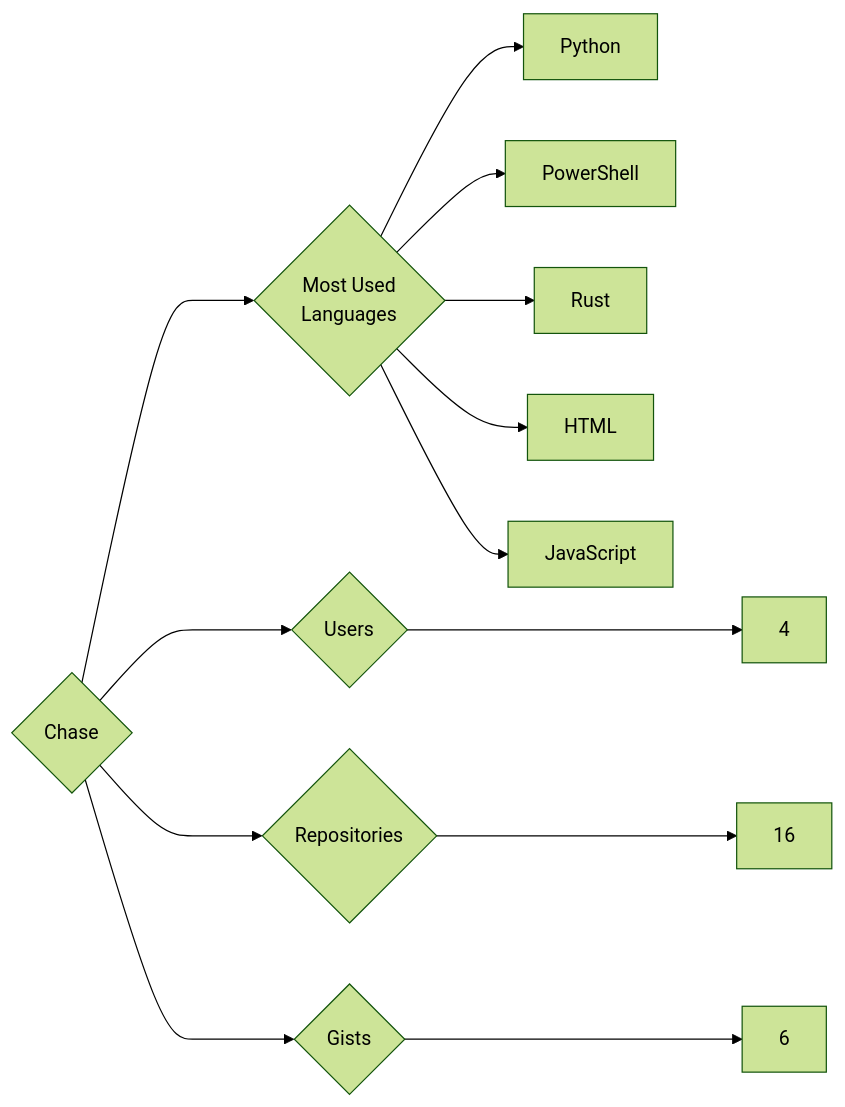
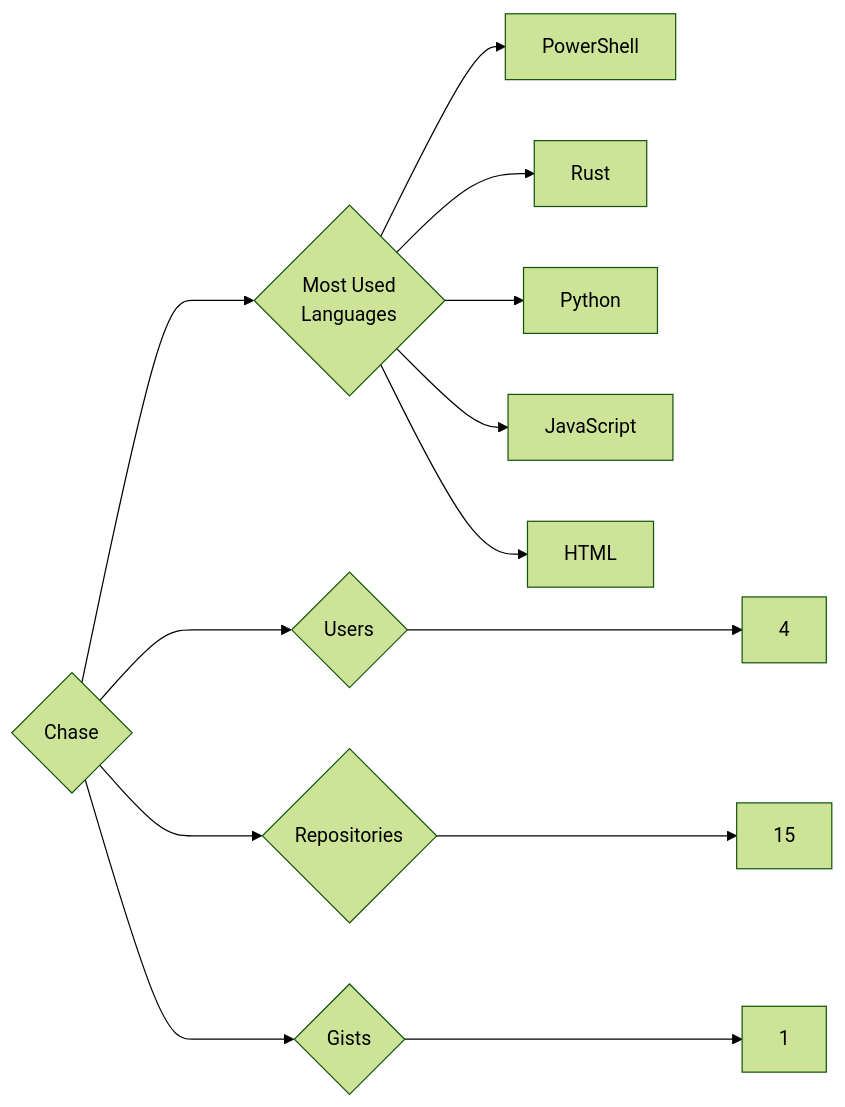
Before and after one commit to trickest/insiders: the diagram in targets/Chase/README.md, drawn with Mermaid (forest theme). The commit also changed 912 other files, not shown here.

````diff
--- a/targets/Chase/README.md
+++ b/targets/Chase/README.md
@@ -3,13 +3,13 @@
 ```mermaid
 graph LR
 COMPANY_NAME{Chase}
 COMPANY_NAME ---> U{Users} ---> UN[4]
-COMPANY_NAME ---> R{Repositories} ---> RN[16]
-COMPANY_NAME ---> G{Gists} ---> GN[6]
+COMPANY_NAME ---> R{Repositories} ---> RN[15]
+COMPANY_NAME ---> G{Gists} ---> GN[1]
 COMPANY_NAME ---> ML{Most Used<br>Languages}
-ML --> Python[Python]
 ML --> PowerShell[PowerShell]
 ML --> Rust[Rust]
+ML --> Python[Python]
+ML --> JavaScript[JavaScript]
 ML --> HTML[HTML]
-ML --> JavaScript[JavaScript]
 ```
````
